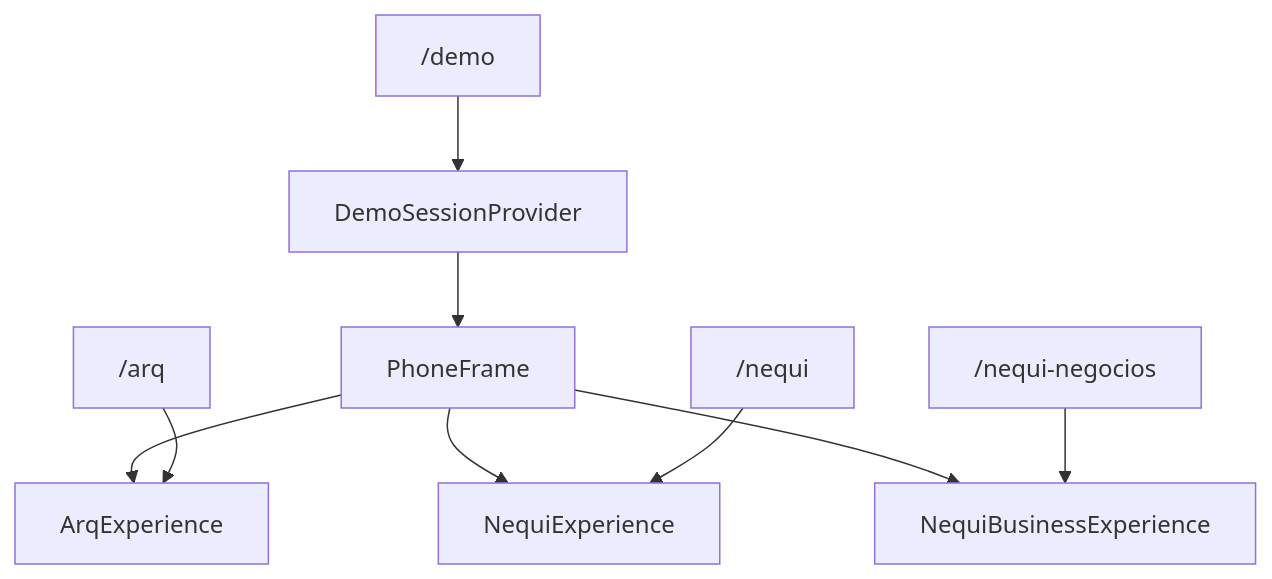
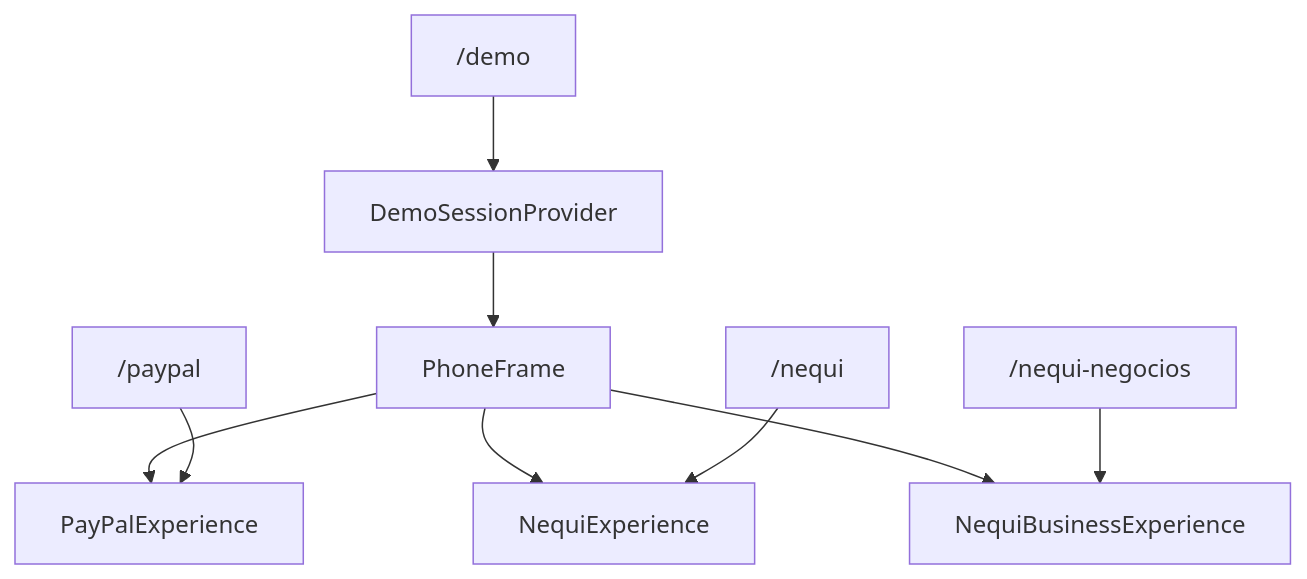
One commit to Juanqu261/compas-paypal changed the third of 4 diagrams in docs/03-architecture.md. Above: the diagram before and after it, drawn with Mermaid. The commit also changed other lines of this file and 63 other files, not shown here.

````diff
--- a/docs/03-architecture.md
+++ b/docs/03-architecture.md
@@ -81,18 +81,18 @@
 ```mermaid
 flowchart TB
   demo["/demo"]
   session["DemoSessionProvider"]
-  arq["ArqExperience"]
+  paypalApp["PayPalExperience"]
   nequi["NequiExperience"]
   business["NequiBusinessExperience"]
   frame["PhoneFrame"]
 
   demo --> session
   session --> frame
-  frame --> arq
+  frame --> paypalApp
   frame --> nequi
   frame --> business
-  arqRoute["/arq"] --> arq
+  paypalRoute["/paypal"] --> paypalApp
   nequiRoute["/nequi"] --> nequi
   businessRoute["/nequi-negocios"] --> business
 ```
````
